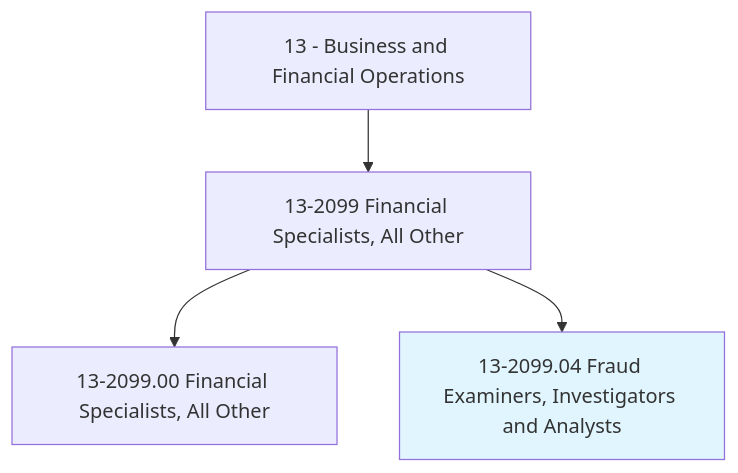
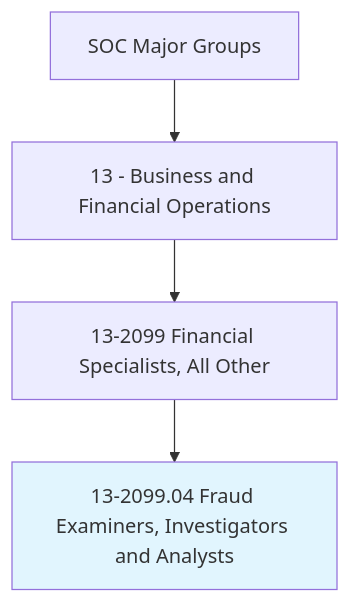
One commit to kziemski/business.org.ai changed the first of 4 diagrams in occupations/Business/FraudExaminersInvestigatorsAndAnalysts.mdx. Above: the diagram before and after it, drawn with Mermaid. The commit also changed other lines of this file and 938 other files, not shown here.

````diff
--- a/occupations/Business/FraudExaminersInvestigatorsAndAnalysts.mdx
+++ b/occupations/Business/FraudExaminersInvestigatorsAndAnalysts.mdx
@@ -19,7 +25,7 @@
 ```mermaid
 graph TD
-    Cat13["13 - Business and Financial Operations"] --> Group132099["13-2099 Financial Specialists, All Other"]
-    Group132099 --> Base["13-2099.00 Financial Specialists, All Other"]
-    Group132099 --> Current["13-2099.04 Fraud Examiners, Investigators and Analysts"]
+    SOC["SOC Major Groups"] --> Cat13["13 - Business and Financial Operations"]
+    Cat13 --> G132099["13-2099 Financial Specialists, All Other"]
+    G132099 --> Current["13-2099.04 Fraud Examiners, Investigators and Analysts"]
     style Current fill:#e1f5fe
 ```
````
